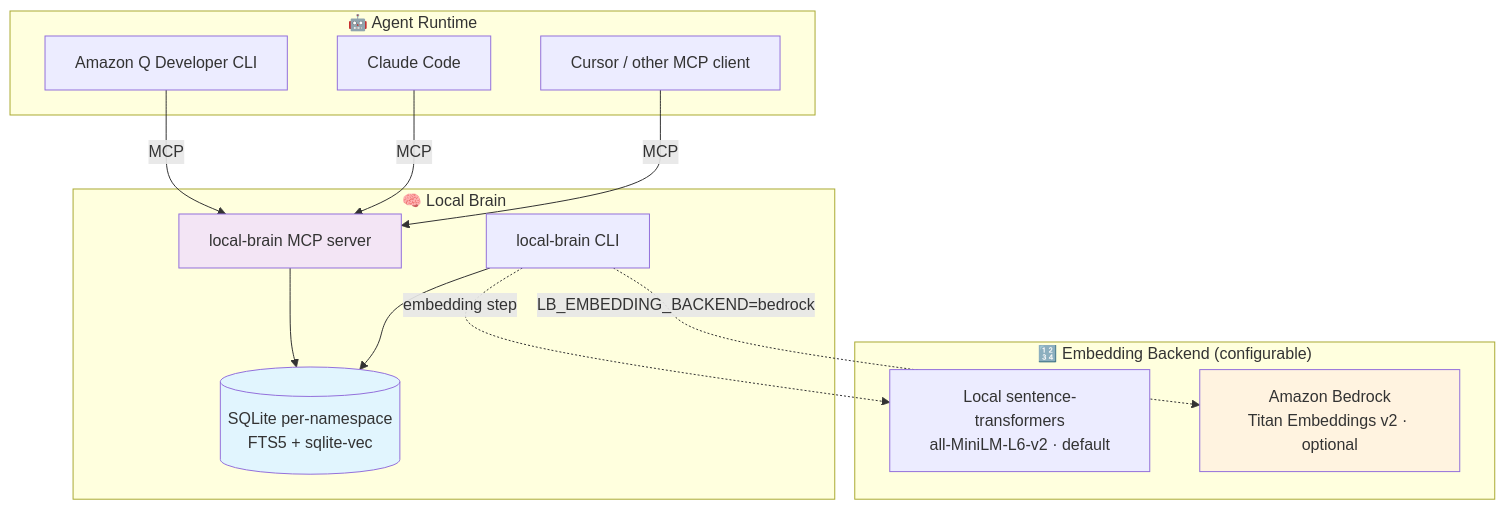
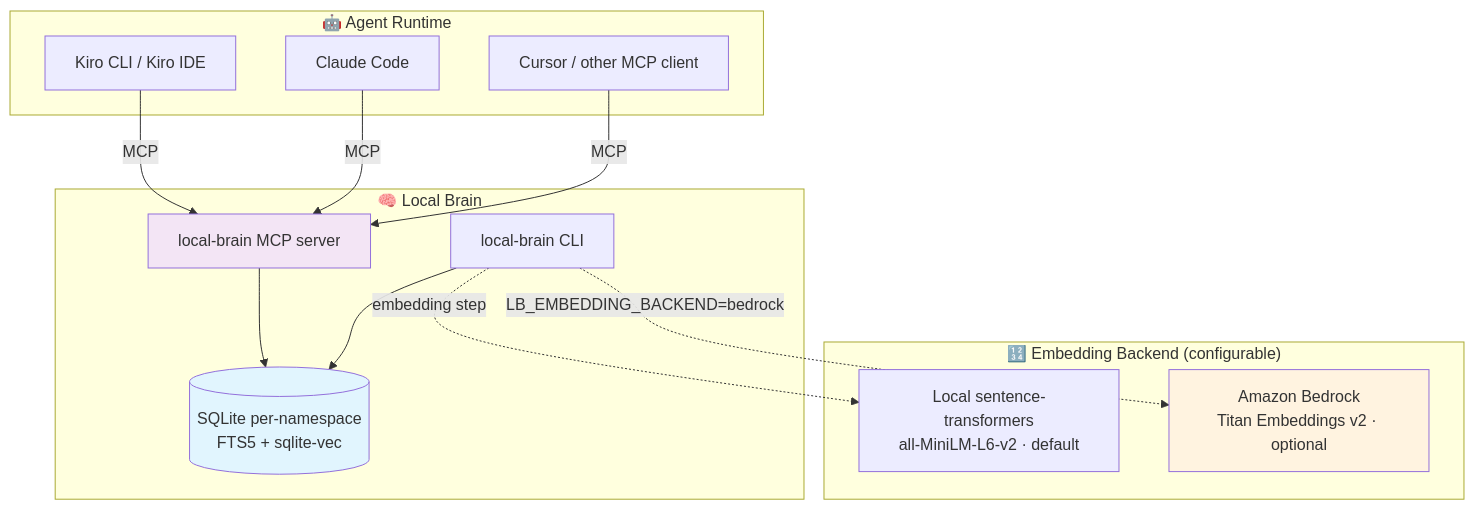
The diagram in implementation/implement-agent-memory-local-brain/README.md (aws-samples/sample-ai-powered-sdlc-patterns-with-aws), drawn with Mermaid before and after one commit. The commit also changed other lines of this file, not shown here.

First line of the commit message:
docs(local-brain): replace Amazon Q Developer CLI with Kiro CLI/IDE

````diff
--- a/implementation/implement-agent-memory-local-brain/README.md
+++ b/implementation/implement-agent-memory-local-brain/README.md
@@ -34,31 +34,31 @@
 ```mermaid
 graph TB
     subgraph "🤖 Agent Runtime"
-        QDev[Amazon Q Developer CLI]
+        Kiro[Kiro CLI / Kiro IDE]
         Claude[Claude Code]
         Cursor[Cursor / other MCP client]
     end
 
     subgraph "🧠 Local Brain"
         CLI[local-brain CLI]
         MCP[local-brain MCP server]
         Store[(SQLite per-namespace<br/>FTS5 + sqlite-vec)]
     end
 
     subgraph "🔢 Embedding Backend (configurable)"
         Local[Local sentence-transformers<br/>all-MiniLM-L6-v2 · default]
         Bedrock[Amazon Bedrock<br/>Titan Embeddings v2 · optional]
     end
 
-    QDev -- MCP --> MCP
+    Kiro -- MCP --> MCP
     Claude -- MCP --> MCP
     Cursor -- MCP --> MCP
     MCP --> Store
     CLI --> Store
     CLI -.embedding step.-> Local
     CLI -.LB_EMBEDDING_BACKEND=bedrock.-> Bedrock
 
     style Bedrock fill:#fff3e0
     style Store fill:#e1f5fe
     style MCP fill:#f3e5f5
 ```
````
